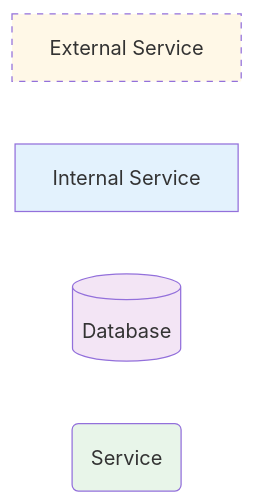
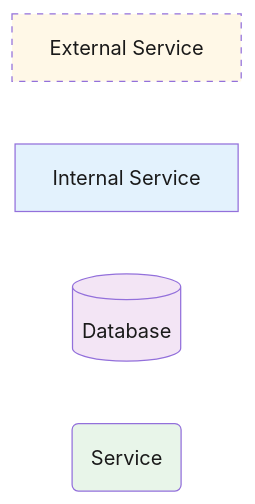
The diagram in diagrams/README.md (Dockdep/LessonHub), drawn with Mermaid before and after one commit. The commit also changed 26 other files, not shown here.

````diff
--- a/diagrams/README.md
+++ b/diagrams/README.md
@@ -44,13 +44,13 @@
 ```mermaid
 flowchart LR
-  classDef external stroke-dasharray: 5 5,fill:#fff8e7
-  classDef internal fill:#e3f2fd
-  classDef data shape:cyl,fill:#f3e5f5
-  classDef service fill:#e8f5e9
-  classDef agent fill:#fce4ec
+  classDef external stroke-dasharray: 5 5,fill:#fff8e7,color:#1a1a1a
+  classDef internal fill:#e3f2fd,color:#1a1a1a
+  classDef data shape:cyl,fill:#f3e5f5,color:#1a1a1a
+  classDef service fill:#e8f5e9,color:#1a1a1a
+  classDef agent fill:#fce4ec,color:#1a1a1a
 
   ext[External Service]:::external
   app[Internal Service]:::internal
   db[(Database)]:::data
   svc(Service):::service
 ```
````
